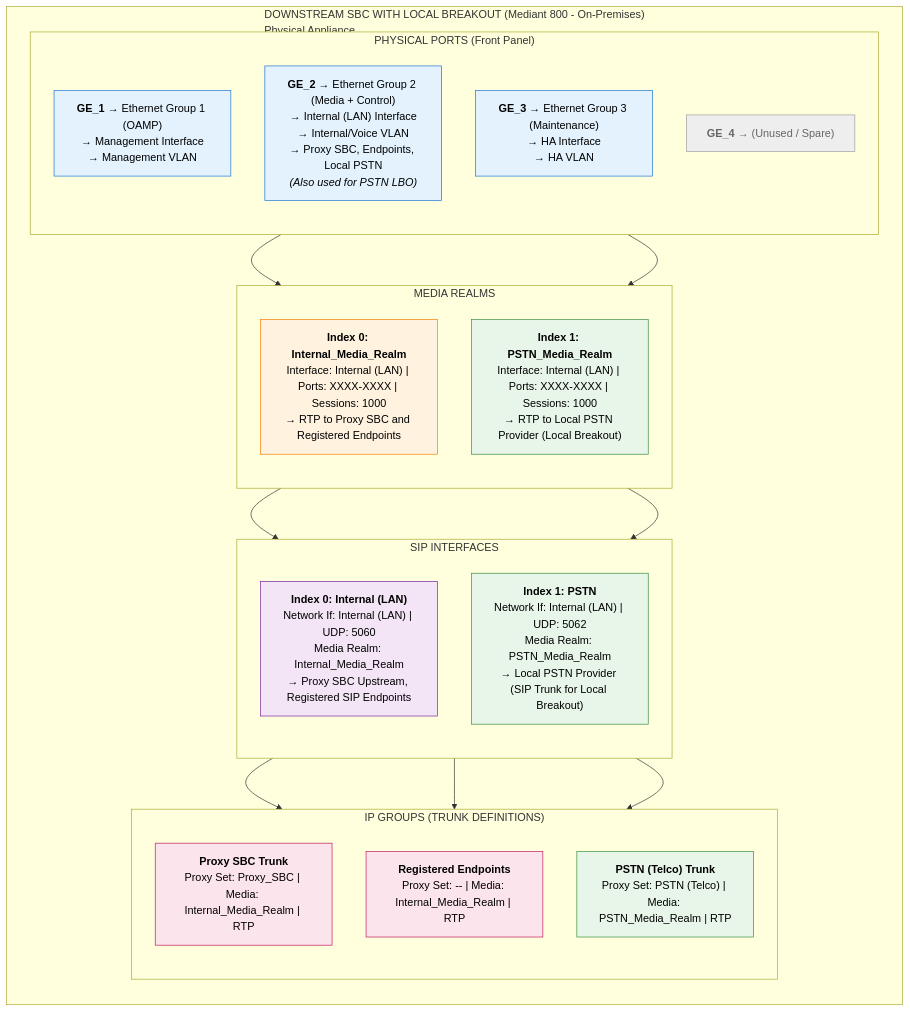
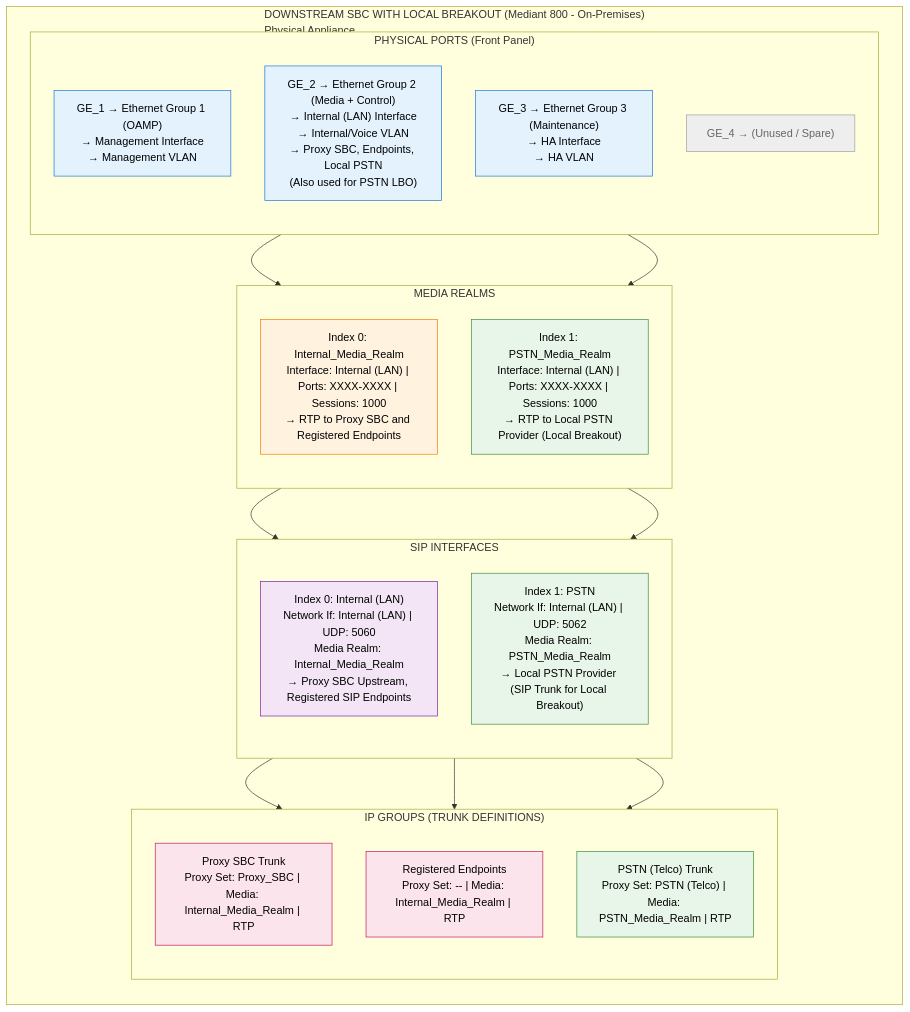
Diagram 20 of 26 in AudioCodes-AWS-Deployment-Guide.md (kevinsing999/public), drawn with Mermaid before and after one commit. The commit also changed other lines of this file and 4 other files, not shown here.

First line of the commit message:
Fix GitHub mermaid rendering: replace unsupported syntax across 20 diagrams

````diff
--- a/AudioCodes-AWS-Deployment-Guide.md
+++ b/AudioCodes-AWS-Deployment-Guide.md
@@ -3838,65 +3855,65 @@
 ```mermaid
 %%{init: {'theme': 'default'}}%%
 %% D.8.3 - Downstream SBC with Local Breakout (LBO) - Complete Interface Architecture
 
 flowchart TB
     subgraph MainBox["DOWNSTREAM SBC WITH LOCAL BREAKOUT (Mediant 800 - On-Premises)<br/>Physical Appliance"]
         direction TB
 
         subgraph PhysicalPorts["PHYSICAL PORTS (Front Panel)"]
             direction TB
-            GE1["<b>GE_1</b> → Ethernet Group 1 (OAMP)<br/>→ Management Interface<br/>→ Management VLAN"]
-            GE2["<b>GE_2</b> → Ethernet Group 2 (Media + Control)<br/>→ Internal (LAN) Interface<br/>→ Internal/Voice VLAN<br/>→ Proxy SBC, Endpoints, Local PSTN<br/><i>(Also used for PSTN LBO)</i>"]
-            GE3["<b>GE_3</b> → Ethernet Group 3 (Maintenance)<br/>→ HA Interface<br/>→ HA VLAN"]
-            GE4["<b>GE_4</b> → (Unused / Spare)"]
+            GE1["GE_1 → Ethernet Group 1 (OAMP)<br/>→ Management Interface<br/>→ Management VLAN"]
+            GE2["GE_2 → Ethernet Group 2 (Media + Control)<br/>→ Internal (LAN) Interface<br/>→ Internal/Voice VLAN<br/>→ Proxy SBC, Endpoints, Local PSTN<br/>(Also used for PSTN LBO)"]
+            GE3["GE_3 → Ethernet Group 3 (Maintenance)<br/>→ HA Interface<br/>→ HA VLAN"]
+            GE4["GE_4 → (Unused / Spare)"]
         end
 
         subgraph MediaRealms["MEDIA REALMS"]
             direction TB
-            MR0["<b>Index 0: Internal_Media_Realm</b><br/>Interface: Internal (LAN) | Ports: XXXX-XXXX | Sessions: 1000<br/>→ RTP to Proxy SBC and Registered Endpoints"]
-            MR1["<b>Index 1: PSTN_Media_Realm</b><br/>Interface: Internal (LAN) | Ports: XXXX-XXXX | Sessions: 1000<br/>→ RTP to Local PSTN Provider (Local Breakout)"]
+            MR0["Index 0: Internal_Media_Realm<br/>Interface: Internal (LAN) | Ports: XXXX-XXXX | Sessions: 1000<br/>→ RTP to Proxy SBC and Registered Endpoints"]
+            MR1["Index 1: PSTN_Media_Realm<br/>Interface: Internal (LAN) | Ports: XXXX-XXXX | Sessions: 1000<br/>→ RTP to Local PSTN Provider (Local Breakout)"]
         end
 
         subgraph SIPInterfaces["SIP INTERFACES"]
             direction TB
-            SIP0["<b>Index 0: Internal (LAN)</b><br/>Network If: Internal (LAN) | UDP: 5060<br/>Media Realm: Internal_Media_Realm<br/>→ Proxy SBC Upstream, Registered SIP Endpoints"]
-            SIP1["<b>Index 1: PSTN</b><br/>Network If: Internal (LAN) | UDP: 5062<br/>Media Realm: PSTN_Media_Realm<br/>→ Local PSTN Provider (SIP Trunk for Local Breakout)"]
+            SIP0["Index 0: Internal (LAN)<br/>Network If: Internal (LAN) | UDP: 5060<br/>Media Realm: Internal_Media_Realm<br/>→ Proxy SBC Upstream, Registered SIP Endpoints"]
+            SIP1["Index 1: PSTN<br/>Network If: Internal (LAN) | UDP: 5062<br/>Media Realm: PSTN_Media_Realm<br/>→ Local PSTN Provider (SIP Trunk for Local Breakout)"]
         end
 
         subgraph IPGroups["IP GROUPS (TRUNK DEFINITIONS)"]
             direction TB
-            IPG1["<b>Proxy SBC Trunk</b><br/>Proxy Set: Proxy_SBC | Media: Internal_Media_Realm | RTP"]
-            IPG2["<b>Registered Endpoints</b><br/>Proxy Set: -- | Media: Internal_Media_Realm | RTP"]
-            IPG3["<b>PSTN (Telco) Trunk</b><br/>Proxy Set: PSTN (Telco) | Media: PSTN_Media_Realm | RTP"]
+            IPG1["Proxy SBC Trunk<br/>Proxy Set: Proxy_SBC | Media: Internal_Media_Realm | RTP"]
+            IPG2["Registered Endpoints<br/>Proxy Set: -- | Media: Internal_Media_Realm | RTP"]
+            IPG3["PSTN (Telco) Trunk<br/>Proxy Set: PSTN (Telco) | Media: PSTN_Media_Realm | RTP"]
         end
     end
 
     %% Connections showing logical flow
     GE2 --> MR0
     GE2 --> MR1
 
     MR0 --> SIP0
     MR1 --> SIP1
 
     SIP0 --> IPG1
     SIP0 --> IPG2
     SIP1 --> IPG3
 
     %% Styling
     classDef header fill:#ff9800,stroke:#e65100,color:#000,font-weight:bold
     classDef ports fill:#e3f2fd,stroke:#1976d2,color:#000
     classDef realms fill:#fff3e0,stroke:#f57c00,color:#000
     classDef sipif fill:#f3e5f5,stroke:#7b1fa2,color:#000
     classDef groups fill:#fce4ec,stroke:#c2185b,color:#000
     classDef unused fill:#eeeeee,stroke:#9e9e9e,color:#666
     classDef pstn fill:#e8f5e9,stroke:#388e3c,color:#000
 
     class GE1,GE2,GE3 ports
     class GE4 unused
     class MR0 realms
     class MR1 pstn
     class SIP0 sipif
     class SIP1 pstn
     class IPG1,IPG2 groups
     class IPG3 pstn
 ```
````
